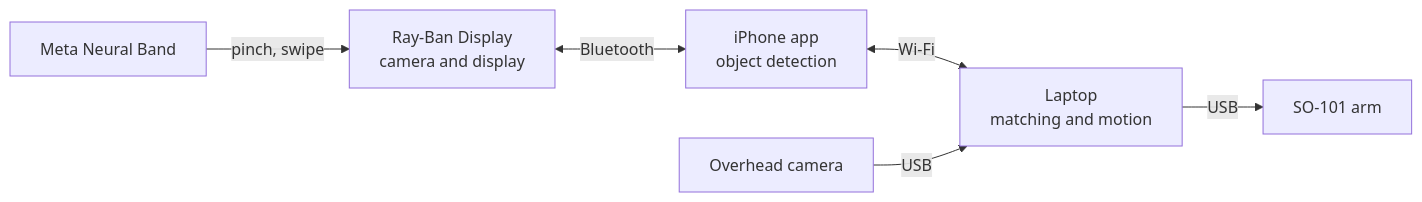
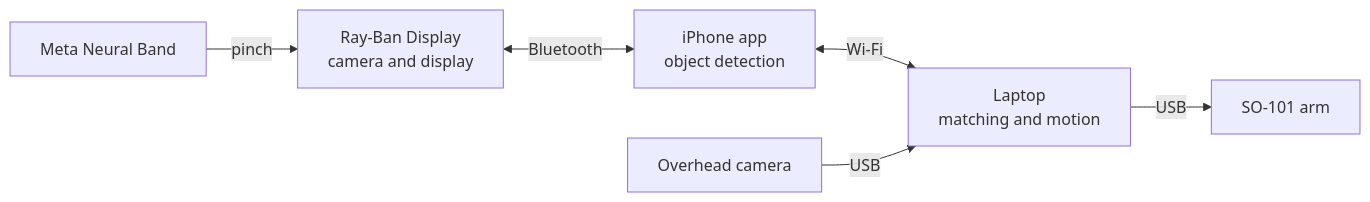
Before and after one commit to ethanzhoucool/nabi: the diagram in README.md, drawn with Mermaid. The commit also changed other lines of this file and 6 other files, not shown here.

````diff
--- a/README.md
+++ b/README.md
@@ -19,8 +19,8 @@
 ```mermaid
 flowchart LR
-    band[Meta Neural Band] -- pinch, swipe --> glasses[Ray-Ban Display<br/>camera and display]
+    band[Meta Neural Band] -- pinch --> glasses[Ray-Ban Display<br/>camera and display]
     glasses <-- Bluetooth --> phone[iPhone app<br/>object detection]
     phone <-- Wi-Fi --> laptop[Laptop<br/>matching and motion]
     cam[Overhead camera] -- USB --> laptop
     laptop -- USB --> arm[SO-101 arm]
 ```
````
